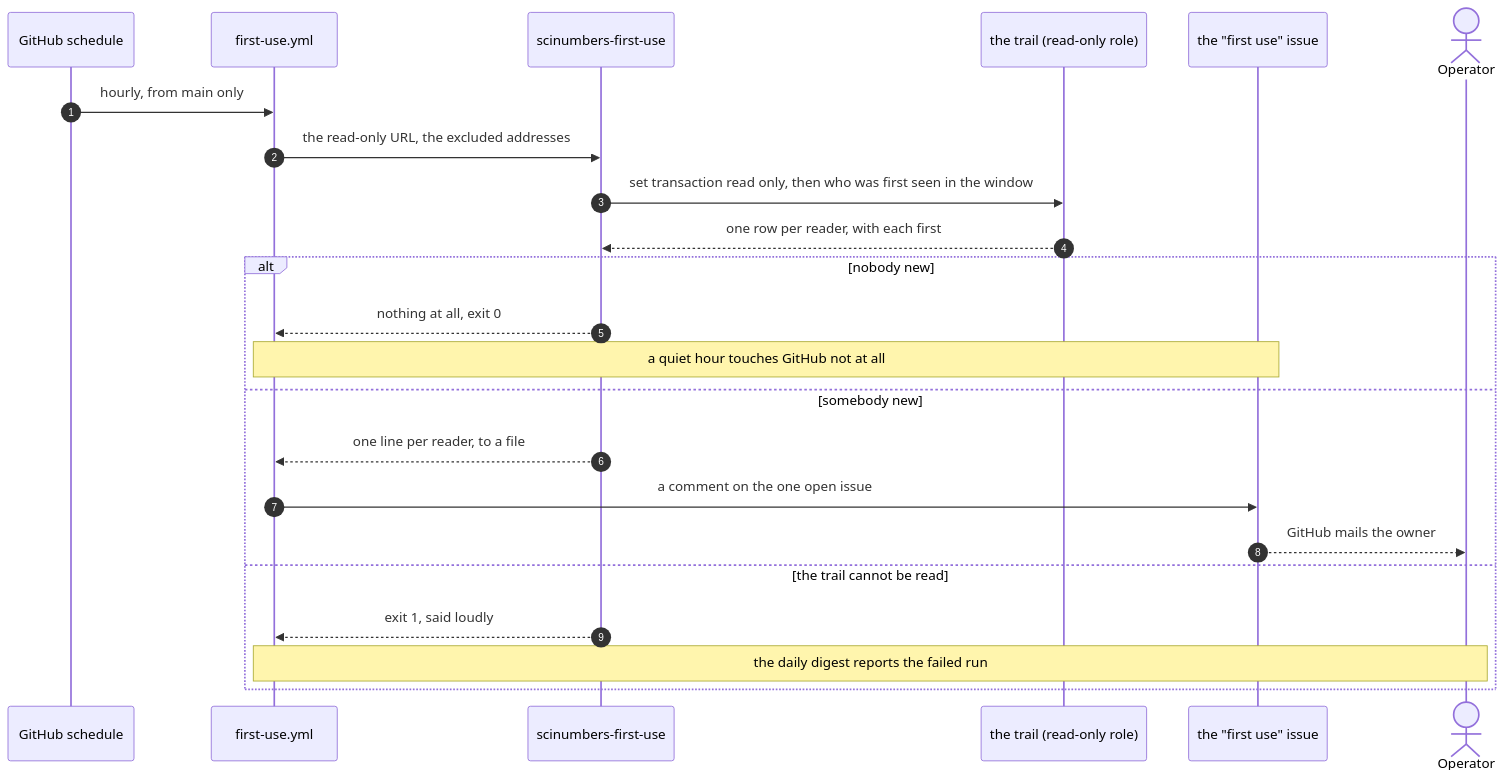
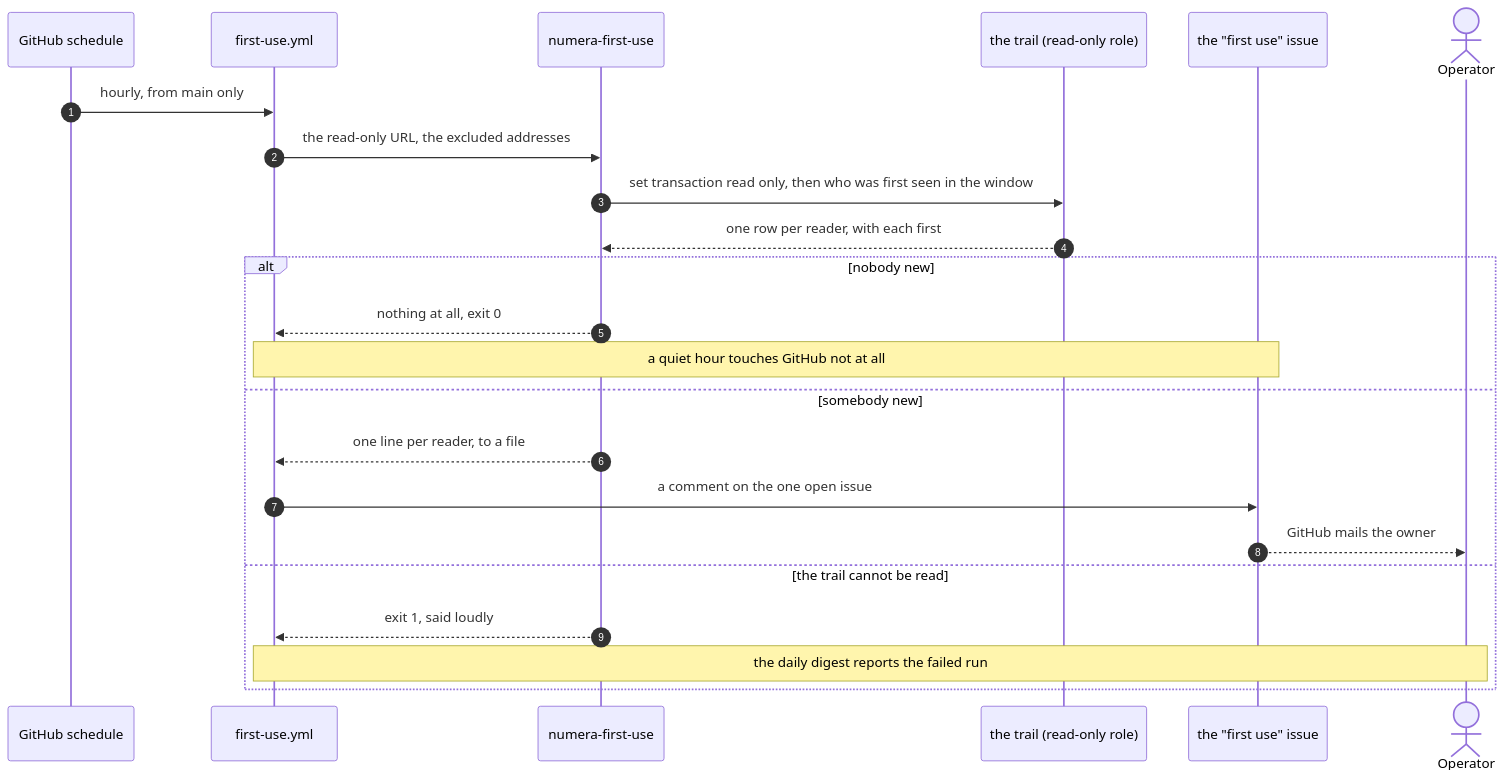
One commit to DukeOfErl/Numera changed the sixth of 14 diagrams in docs/diagrams/architecture.md. Above: the diagram before and after it, drawn with Mermaid. The commit also changed other lines of this file and 225 other files, not shown here.

````diff
--- a/docs/diagrams/architecture.md
+++ b/docs/diagrams/architecture.md
@@ -307,25 +307,25 @@
 ```mermaid
 sequenceDiagram
     autonumber
     participant Tick as GitHub schedule
     participant Job as first-use.yml
-    participant Cmd as scinumbers-first-use
+    participant Cmd as numera-first-use
     participant Trail as the trail (read-only role)
     participant Issue as the "first use" issue
     actor Operator
     Tick->>Job: hourly, from main only
     Job->>Cmd: the read-only URL, the excluded addresses
     Cmd->>Trail: set transaction read only, then who was first seen in the window
     Trail-->>Cmd: one row per reader, with each first
     alt nobody new
         Cmd-->>Job: nothing at all, exit 0
         Note over Job,Issue: a quiet hour touches GitHub not at all
     else somebody new
         Cmd-->>Job: one line per reader, to a file
         Job->>Issue: a comment on the one open issue
         Issue-->>Operator: GitHub mails the owner
     else the trail cannot be read
         Cmd-->>Job: exit 1, said loudly
         Note over Job,Operator: the daily digest reports the failed run
     end
 ```
````
